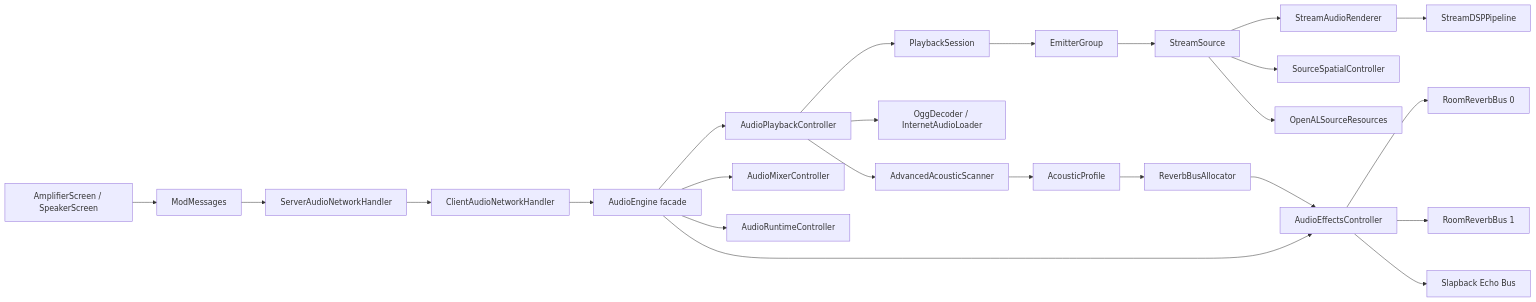
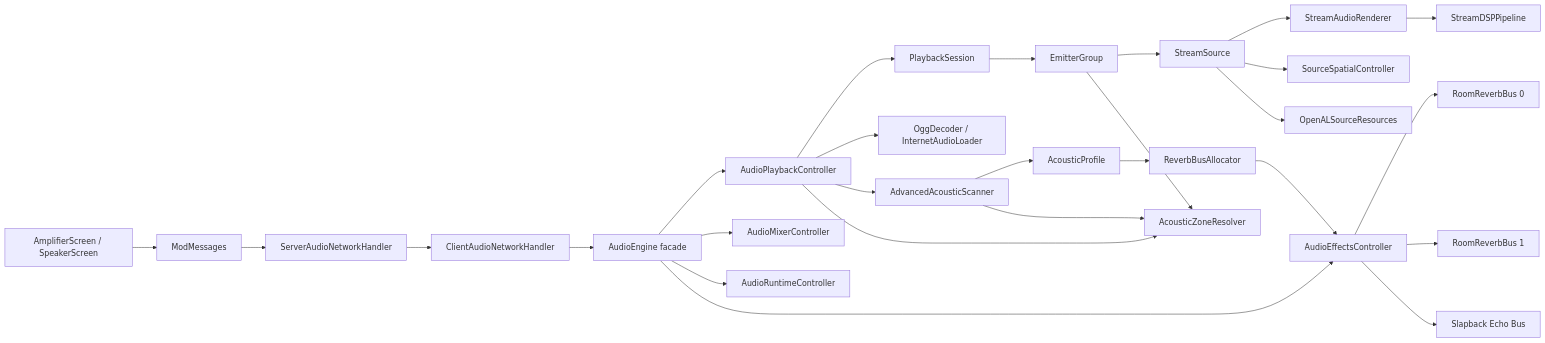
The diagram in ARCHITECTURE.md (burakertanir/minecraft-echo-engine), drawn with Mermaid before and after one commit. The commit also changed other lines of this file and 8 other files, not shown here.

````diff
--- a/ARCHITECTURE.md
+++ b/ARCHITECTURE.md
@@ -77,30 +83,33 @@
 ```mermaid
 flowchart LR
     UI["AmplifierScreen / SpeakerScreen"] --> NET["ModMessages"]
     NET --> SERVER["ServerAudioNetworkHandler"]
     SERVER --> CLIENT["ClientAudioNetworkHandler"]
     CLIENT --> ENGINE["AudioEngine facade"]
 
     ENGINE --> PLAYBACK["AudioPlaybackController"]
     ENGINE --> MIXER["AudioMixerController"]
     ENGINE --> RUNTIME["AudioRuntimeController"]
     ENGINE --> EFFECTS["AudioEffectsController"]
 
     PLAYBACK --> SESSION["PlaybackSession"]
     PLAYBACK --> LOADER["OggDecoder / InternetAudioLoader"]
     PLAYBACK --> SCANNER["AdvancedAcousticScanner"]
+    PLAYBACK --> ZONE["AcousticZoneResolver"]
     SESSION --> GROUP["EmitterGroup"]
     GROUP --> SOURCE["StreamSource"]
 
     SOURCE --> RENDERER["StreamAudioRenderer"]
     RENDERER --> DSP["StreamDSPPipeline"]
     SOURCE --> SPATIAL["SourceSpatialController"]
     SOURCE --> NATIVE["OpenALSourceResources"]
 
     SCANNER --> PROFILE["AcousticProfile"]
+    SCANNER --> ZONE
+    GROUP --> ZONE
     PROFILE --> ALLOCATOR["ReverbBusAllocator"]
     ALLOCATOR --> EFFECTS
     EFFECTS --> BUS0["RoomReverbBus 0"]
     EFFECTS --> BUS1["RoomReverbBus 1"]
     EFFECTS --> ECHO["Slapback Echo Bus"]
 ```
````
